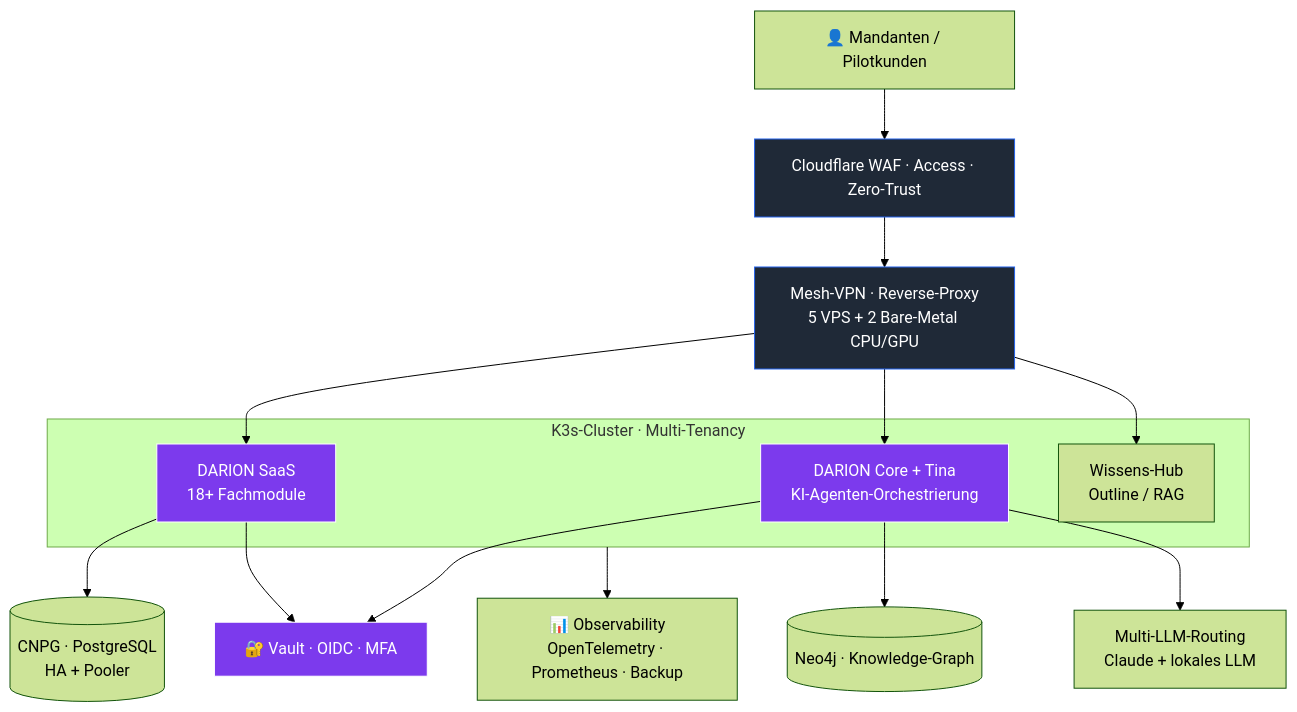
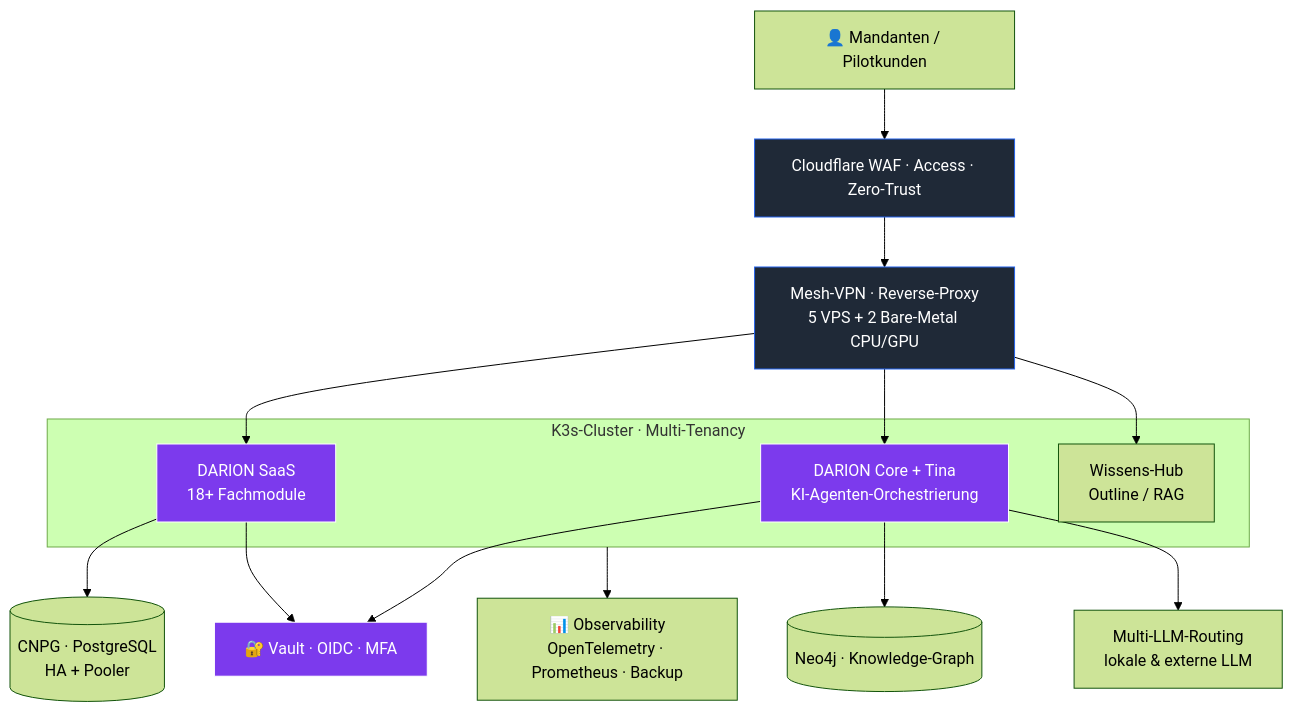
One commit to frank-wichert/frank-wichert changed the diagram in README.md. Above: the diagram before and after it, drawn with Mermaid (forest theme). The commit also changed other lines of this file, not shown here.

Commit message:
profil: Claude-Marke entfernen (generisch LLM); Status Zeile 14 -> In Betrieb

````diff
--- a/README.md
+++ b/README.md
@@ -46,27 +46,27 @@
 ```mermaid
 flowchart TD
     U["👤 Mandanten / Pilotkunden"] --> CF["Cloudflare WAF · Access · Zero-Trust"]
     CF --> MESH["Mesh-VPN · Reverse-Proxy<br/>5 VPS + 2 Bare-Metal CPU/GPU"]
 
     subgraph CLUSTER["K3s-Cluster · Multi-Tenancy"]
         SAAS["DARION SaaS<br/>18+ Fachmodule"]
         CORE["DARION Core + Tina<br/>KI-Agenten-Orchestrierung"]
         WIKI["Wissens-Hub<br/>Outline / RAG"]
     end
 
     MESH --> SAAS
     MESH --> CORE
     MESH --> WIKI
 
     SAAS --> DATA[("CNPG · PostgreSQL<br/>HA + Pooler")]
     CORE --> KG[("Neo4j · Knowledge-Graph")]
-    CORE --> LLM["Multi-LLM-Routing<br/>Claude + lokales LLM"]
+    CORE --> LLM["Multi-LLM-Routing<br/>lokale & externe LLM"]
     SAAS --> SEC["🔐 Vault · OIDC · MFA"]
     CORE --> SEC
     CLUSTER --> OBS["📊 Observability<br/>OpenTelemetry · Prometheus · Backup"]
 
     classDef edge fill:#1F2937,stroke:#2563EB,color:#fff;
     classDef sec fill:#7C3AED,stroke:#fff,color:#fff;
     class CF,MESH edge;
     class SEC,SAAS,CORE sec;
 ```
````
